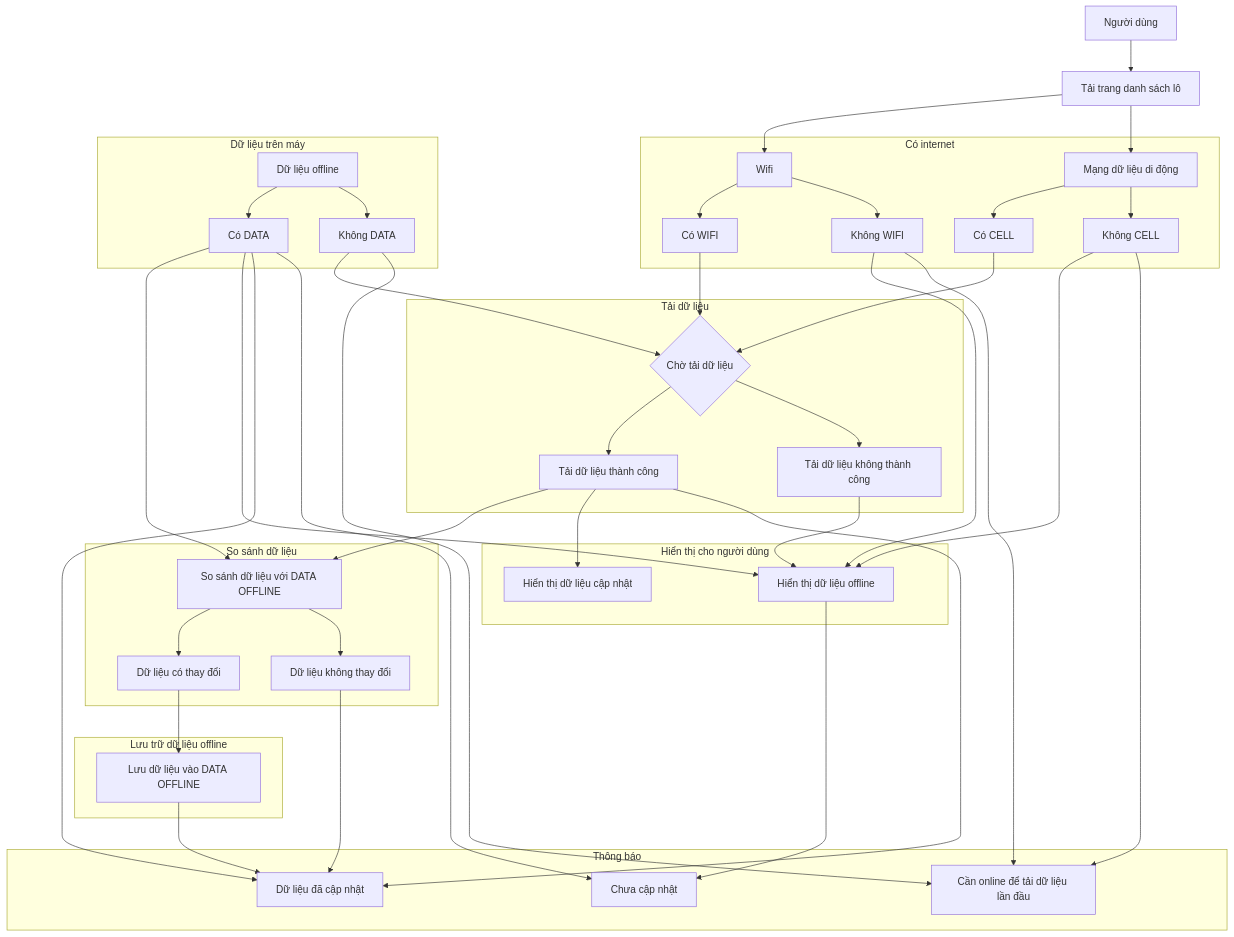
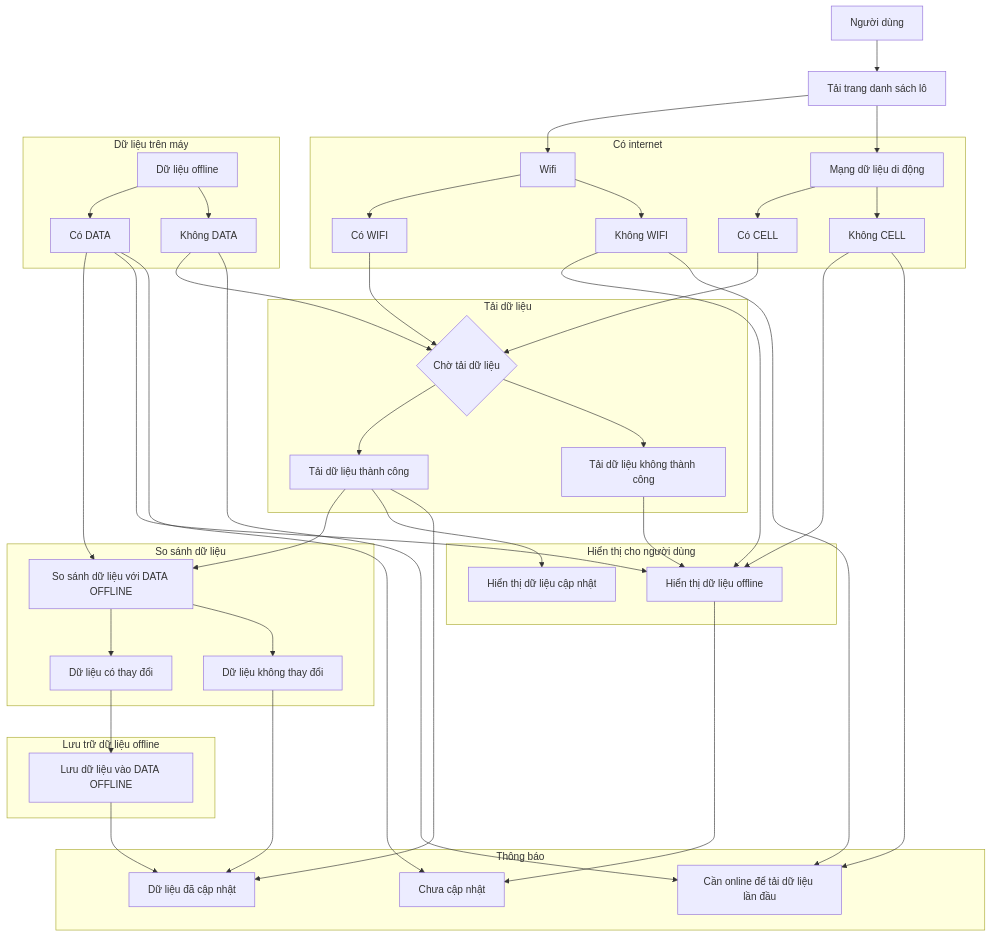
One commit to trethanhphat/tre-thanh-phat-pwa-docs changed the diagram in docs/batches-flow.md. Above: the diagram before and after it, drawn with Mermaid. The commit also changed 3 other files, not shown here.

```diff
--- a/docs/batches-flow.md
+++ b/docs/batches-flow.md
@@ -2,17 +2,9 @@
 flowchart TD
 USER["Người dùng"]
 LOAD["Tải trang danh sách lô"]
-
-
-
-USER --> LOAD
-LOAD --> WIFI
-LOAD --> CELL
-
-
-
-
-
+    USER --> LOAD
+    LOAD --> WIFI
+    LOAD --> CELL
 
 subgraph INTERNET["Có internet"]
 CELL["Mạng dữ liệu di động"]
@@ -29,21 +21,6 @@
     DATA --> DATA-N["Không DATA"]
 end
 
-
-
-
-
-
-
-
-
-
-
-
-
-
-
-
 subgraph FETCH["Tải dữ liệu"]
 WAIT{"Chờ tải dữ liệu"}
     WIFI-Y --> WAIT
@@ -53,7 +30,6 @@
     WAIT --> FETCH-Y["Tải dữ liệu thành công"]
     WAIT --> FETCH-N["Tải dữ liệu không thành công"]
 end
-
 
 subgraph COMPARE-MANAGER["So sánh dữ liệu"]
 COMPARE["So sánh dữ liệu với DATA OFFLINE"]
@@ -67,12 +43,7 @@
 subgraph SAVE-MANAGER["Lưu trữ dữ liệu offline"]
 SAVE["Lưu dữ liệu vào DATA OFFLINE"]
     COMPARE-Y --> SAVE
-
-
 end
-
-
-
 
 subgraph DISPLAY["Hiển thị cho người dùng"]
 ONLINE["Hiển thị dữ liệu cập nhật"]
@@ -92,7 +63,6 @@
     DATA-N --> EMPTY
 
 SUCCESS["Dữ liệu đã cập nhật"]
-    DATA-Y --> SUCCESS
     FETCH-Y --> SUCCESS
     SAVE --> SUCCESS
     COMPARE-N --> SUCCESS
```
